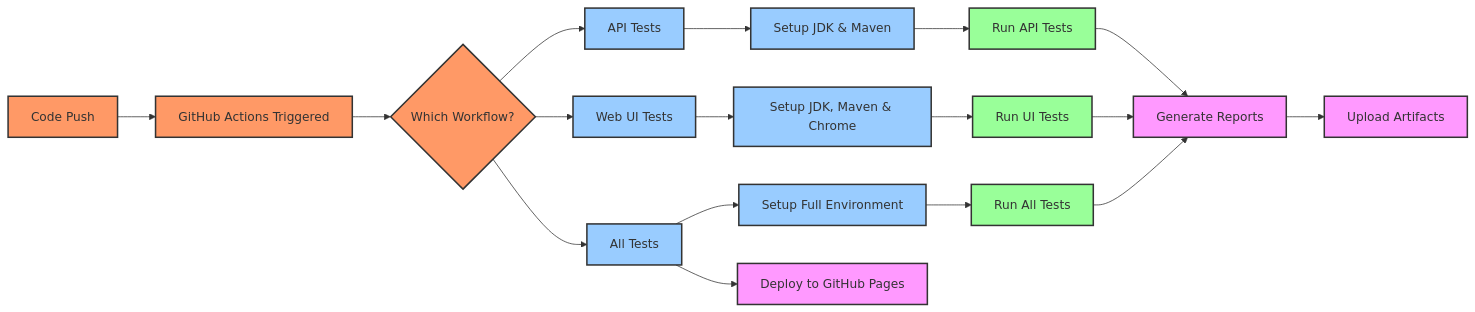
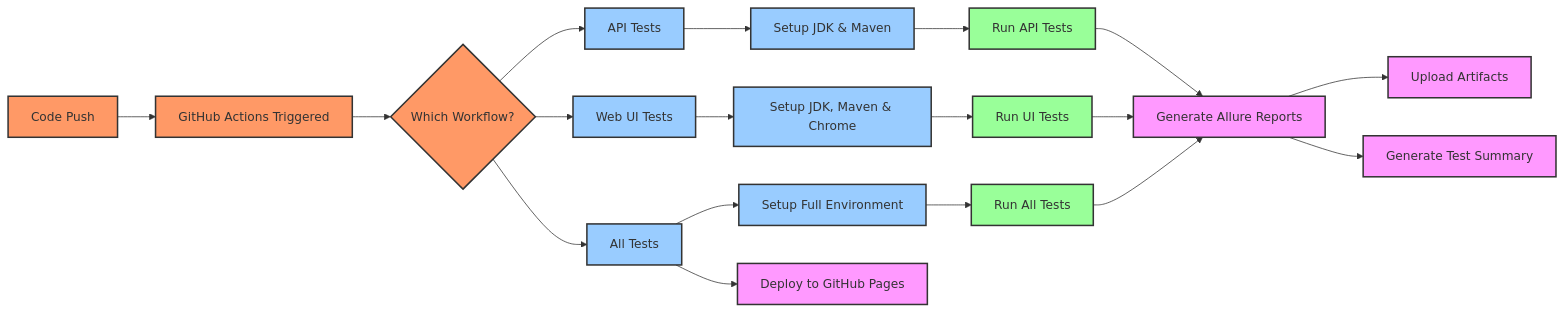
The third of 3 diagrams in README.md (azka-art/automation-testing-framework), drawn with Mermaid before and after one commit. The commit also changed other lines of this file and 3 other files, not shown here.

First line of the commit message:
fix: Allure report generation and documentation updates

````diff
--- a/README.md
+++ b/README.md
@@ -125,34 +133,35 @@
 ```mermaid
 graph LR
     A[Code Push] --> B[GitHub Actions Triggered]
     B --> C{Which Workflow?}
     
     C --> D[API Tests]
     C --> E[Web UI Tests]
     C --> F[All Tests]
     
     D --> G[Setup JDK & Maven]
     E --> H[Setup JDK, Maven & Chrome]
     F --> I[Setup Full Environment]
     
     G --> J[Run API Tests]
     H --> K[Run UI Tests]
     I --> L[Run All Tests]
     
-    J --> M[Generate Reports]
+    J --> M[Generate Allure Reports]
     K --> M
     L --> M
     
     M --> N[Upload Artifacts]
-    F --> O[Deploy to GitHub Pages]
+    M --> O[Generate Test Summary]
+    F --> P[Deploy to GitHub Pages]
     
     classDef gitClass fill:#f96,stroke:#333,stroke-width:2px;
     classDef buildClass fill:#9cf,stroke:#333,stroke-width:2px;
     classDef testClass fill:#9f9,stroke:#333,stroke-width:2px;
     classDef reportClass fill:#f9f,stroke:#333,stroke-width:2px;
     
     class A,B,C gitClass;
     class D,E,F,G,H,I buildClass;
     class J,K,L testClass;
-    class M,N,O reportClass;
+    class M,N,O,P reportClass;
 ```
````
